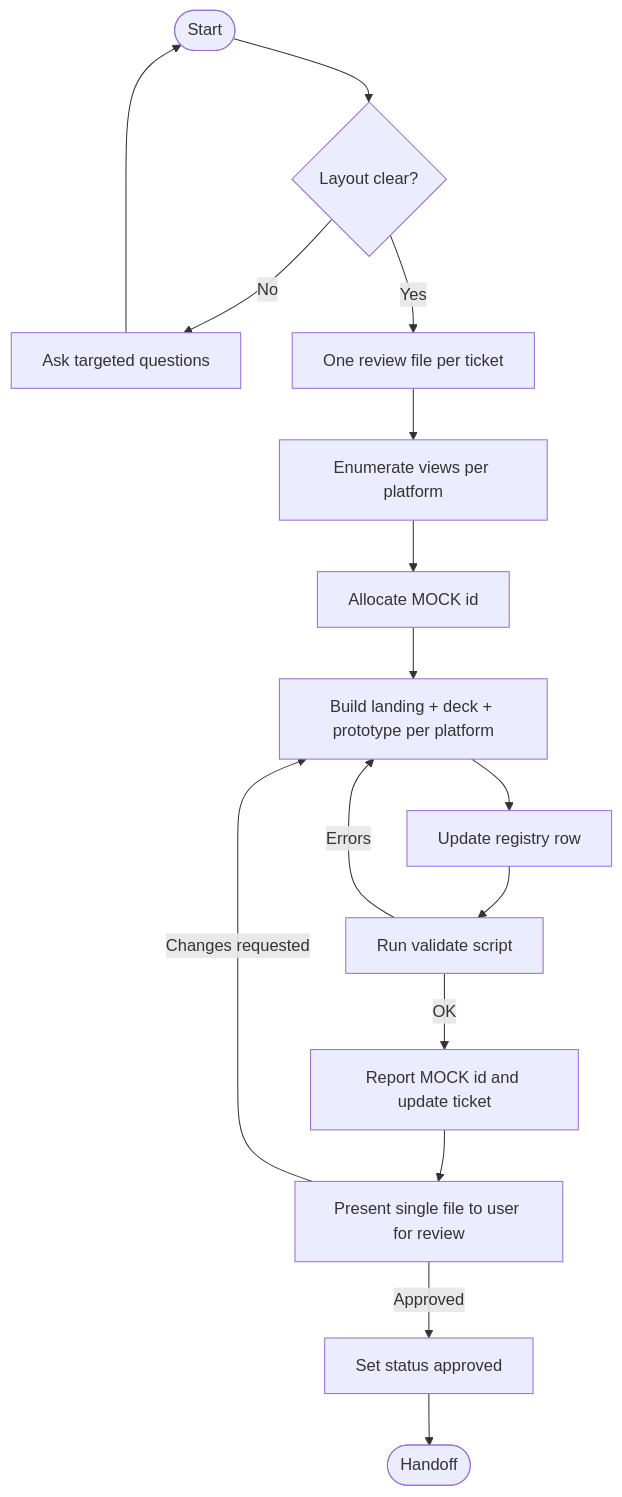
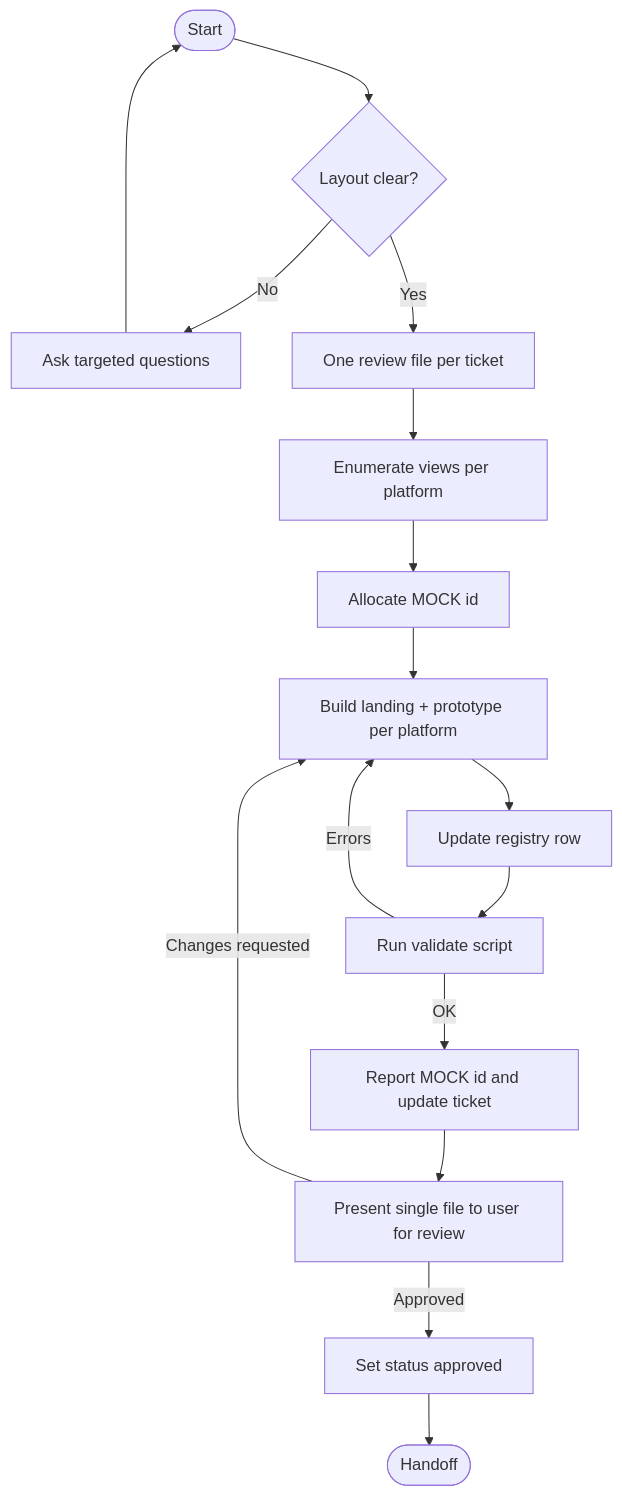
Before and after one commit to lyndametref/opencode-dev-workflow: the diagram in agents/ui-designer.md, drawn with Mermaid. The commit also changed other lines of this file and 8 other files, not shown here.

````diff
--- a/agents/ui-designer.md
+++ b/agents/ui-designer.md
@@ -74,17 +75,17 @@
 ```mermaid
 flowchart TD
     A([Start]) --> B{Layout clear?}
     B -- No --> C[Ask targeted questions] --> A
     B -- Yes --> D[One review file per ticket]
     D --> E[Enumerate views per platform]
     E --> F[Allocate MOCK id]
-    F --> G[Build landing + deck + prototype per platform]
+    F --> G[Build landing + prototype per platform]
     G --> H[Update registry row]
     H --> I[Run validate script]
     I -- Errors --> G
     I -- OK --> J[Report MOCK id and update ticket]
     J --> K[Present single file to user for review]
     K -- Changes requested --> G
     K -- Approved --> L[Set status approved]
     L --> M([Handoff])
 ```
````
